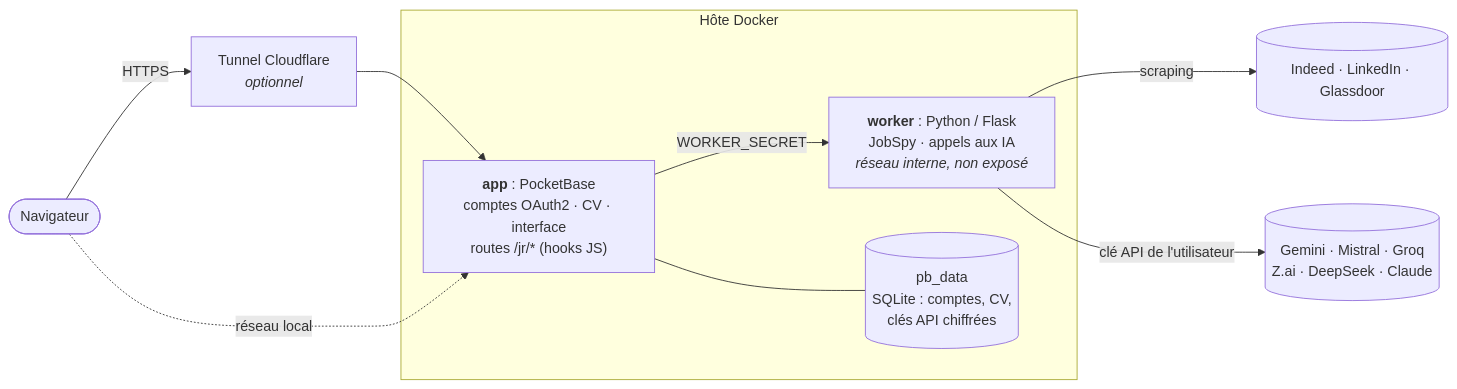
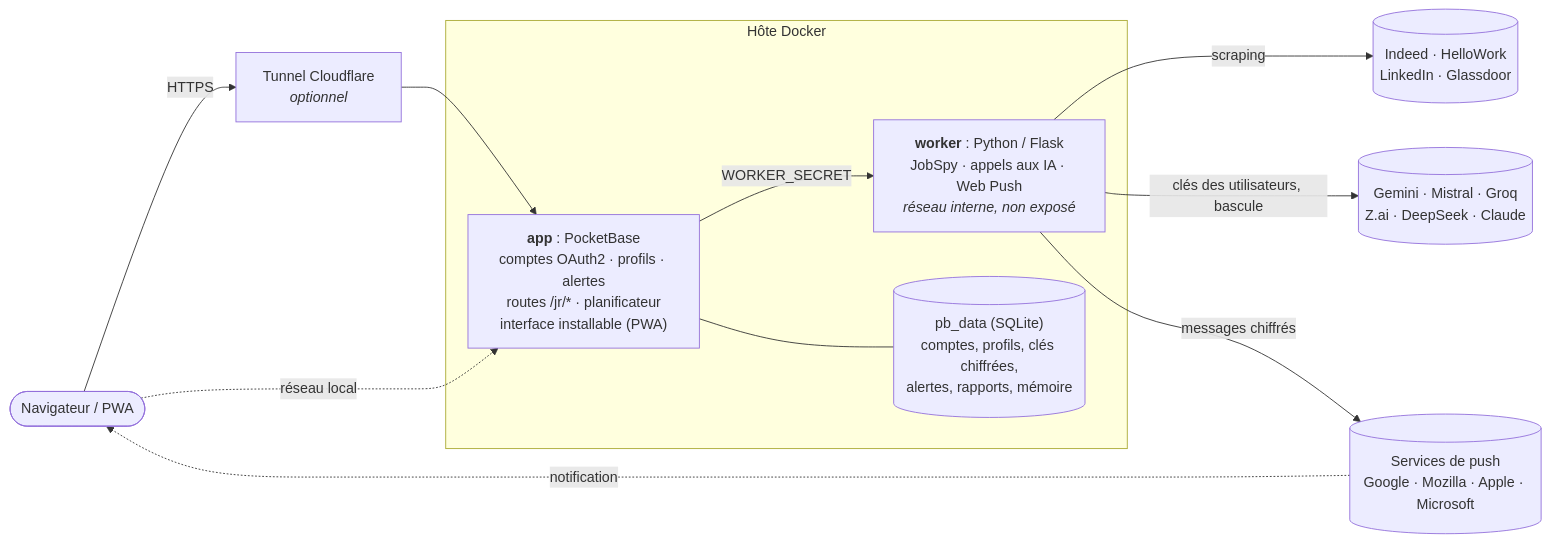
Before and after one commit to LilyanLefevre/JobRadar: the first of 4 diagrams in README.md, drawn with Mermaid. The commit also changed other lines of this file and 3 other files, not shown here.

````diff
--- a/README.md
+++ b/README.md
@@ -37,17 +38,19 @@
 ```mermaid
 flowchart LR
-    U([Navigateur]) -->|HTTPS| T[Tunnel Cloudflare<br/><i>optionnel</i>]
+    U([Navigateur / PWA]) -->|HTTPS| T[Tunnel Cloudflare<br/><i>optionnel</i>]
     T --> PB
     U -.->|réseau local| PB
 
     subgraph Hôte Docker
-        PB["<b>app</b> : PocketBase<br/>comptes OAuth2 · CV · interface<br/>routes /jr/* (hooks JS)"]
-        W["<b>worker</b> : Python / Flask<br/>JobSpy · appels aux IA<br/><i>réseau interne, non exposé</i>"]
-        DB[("pb_data<br/>SQLite : comptes, CV,<br/>clés API chiffrées")]
+        PB["<b>app</b> : PocketBase<br/>comptes OAuth2 · profils · alertes<br/>routes /jr/* · planificateur<br/>interface installable (PWA)"]
+        W["<b>worker</b> : Python / Flask<br/>JobSpy · appels aux IA · Web Push<br/><i>réseau interne, non exposé</i>"]
+        DB[("pb_data (SQLite)<br/>comptes, profils, clés chiffrées,<br/>alertes, rapports, mémoire")]
         PB -->|WORKER_SECRET| W
         PB --- DB
     end
 
-    W -->|scraping| JB[(Indeed · LinkedIn · Glassdoor)]
-    W -->|clé API de l'utilisateur| IA[(Gemini · Mistral · Groq<br/>Z.ai · DeepSeek · Claude)]
+    W -->|scraping| JB[(Indeed · HelloWork<br/>LinkedIn · Glassdoor)]
+    W -->|clés des utilisateurs, bascule| IA[(Gemini · Mistral · Groq<br/>Z.ai · DeepSeek · Claude)]
+    W -->|messages chiffrés| PS[(Services de push<br/>Google · Mozilla · Apple · Microsoft)]
+    PS -.->|notification| U
 ```
````
